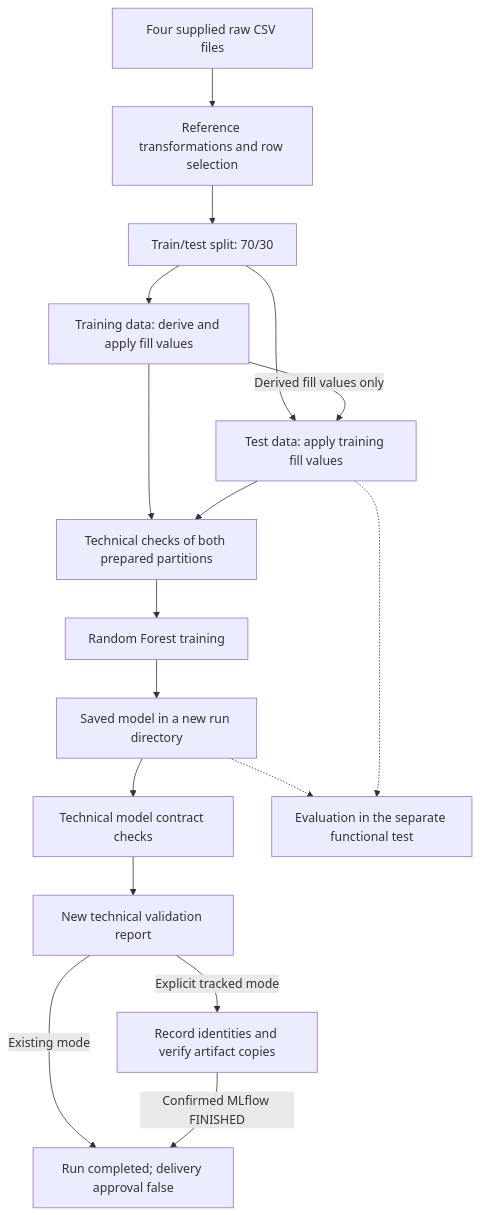
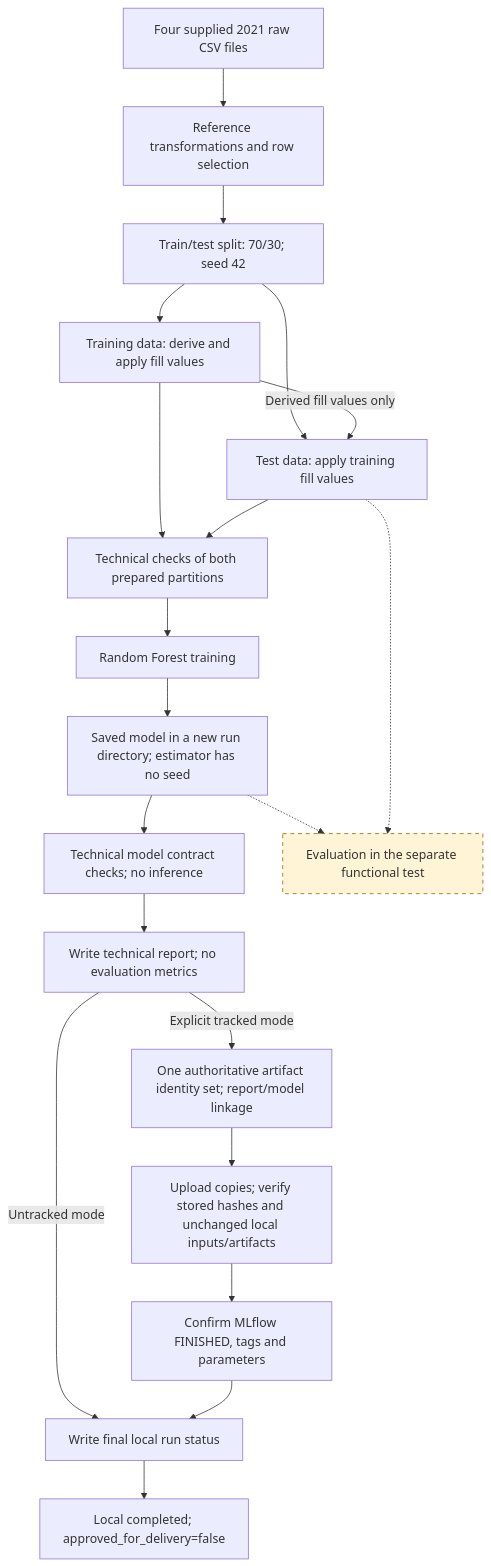
One commit to SiR1979/Template_MLOps_accidents changed the first of 8 diagrams in docs/architecture.md. Above: the diagram before and after it, drawn with Mermaid. The commit also changed other lines of this file, not shown here.

Commit message:
Update architecture diagrams and implementation boundaries

````diff
--- a/docs/architecture.md
+++ b/docs/architecture.md
@@ -29,19 +30,24 @@
 ```mermaid
 flowchart TD
-    RAW["Four supplied raw CSV files"] --> PRE["Reference transformations and row selection"]
-    PRE --> SPLIT["Train/test split: 70/30"]
+    RAW["Four supplied 2021 raw CSV files"] --> PRE["Reference transformations and row selection"]
+    PRE --> SPLIT["Train/test split: 70/30; seed 42"]
     SPLIT --> TRAIN["Training data: derive and apply fill values"]
     SPLIT --> TEST["Test data: apply training fill values"]
     TRAIN -->|"Derived fill values only"| TEST
     TRAIN --> DATA_CHECK["Technical checks of both prepared partitions"]
     TEST --> DATA_CHECK
     DATA_CHECK --> FIT["Random Forest training"]
-    FIT --> MODEL["Saved model in a new run directory"]
-    MODEL --> MODEL_CHECK["Technical model contract checks"]
-    MODEL_CHECK --> REPORT["New technical validation report"]
-    REPORT -->|"Existing mode"| DONE["Run completed; delivery approval false"]
-    REPORT -->|"Explicit tracked mode"| RECORD["Record identities and verify artifact copies"]
-    RECORD -->|"Confirmed MLflow FINISHED"| DONE
+    FIT --> MODEL["Saved model in a new run directory; estimator has no seed"]
+    MODEL --> MODEL_CHECK["Technical model contract checks; no inference"]
+    MODEL_CHECK --> REPORT["Write technical report; no evaluation metrics"]
+    REPORT -->|"Untracked mode"| STATUS["Write final local run status"]
+    REPORT -->|"Explicit tracked mode"| IDENTITIES["One authoritative artifact identity set; report/model linkage"]
+    IDENTITIES --> RECORD["Upload copies; verify stored hashes and unchanged local inputs/artifacts"]
+    RECORD --> REMOTE["Confirm MLflow FINISHED, tags and parameters"]
+    REMOTE --> STATUS
+    STATUS --> DONE["Local completed; approved_for_delivery=false"]
     MODEL -.-> EVAL["Evaluation in the separate functional test"]
     TEST -.-> EVAL
+    classDef separate fill:#fff4d6,stroke:#946200,stroke-dasharray:5 5
+    class EVAL separate
 ```
````
